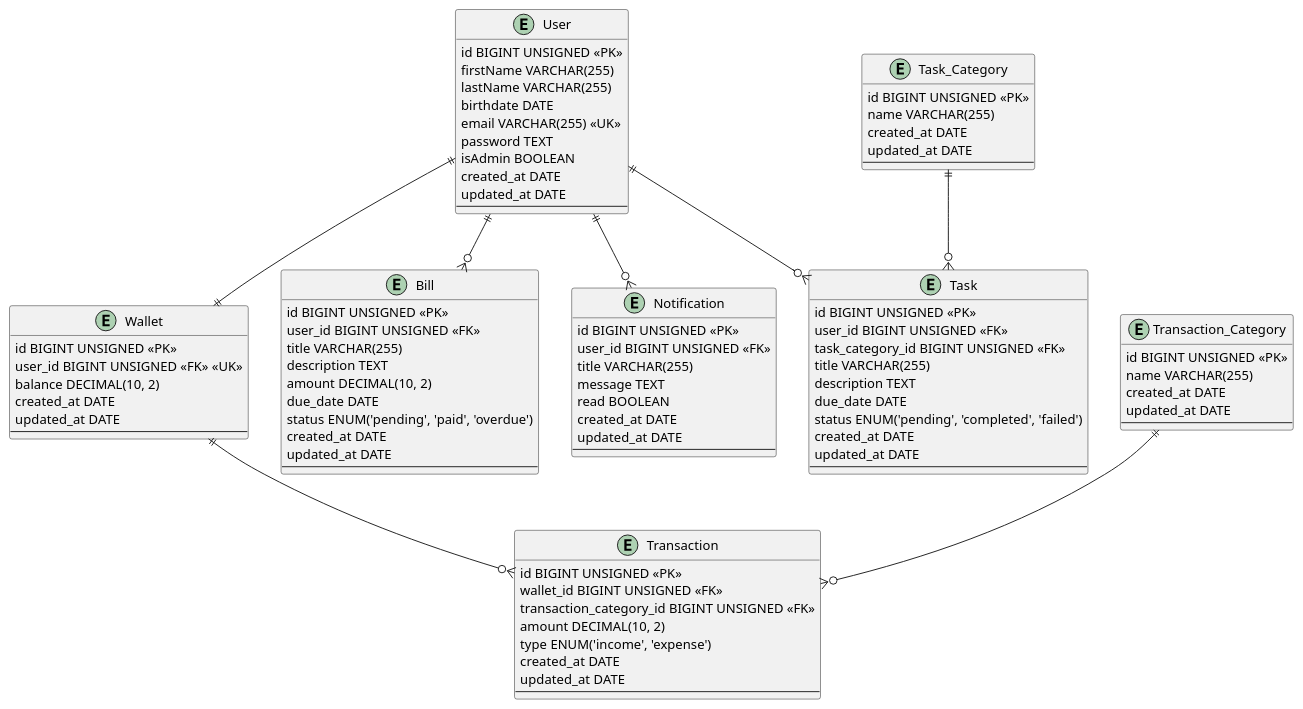
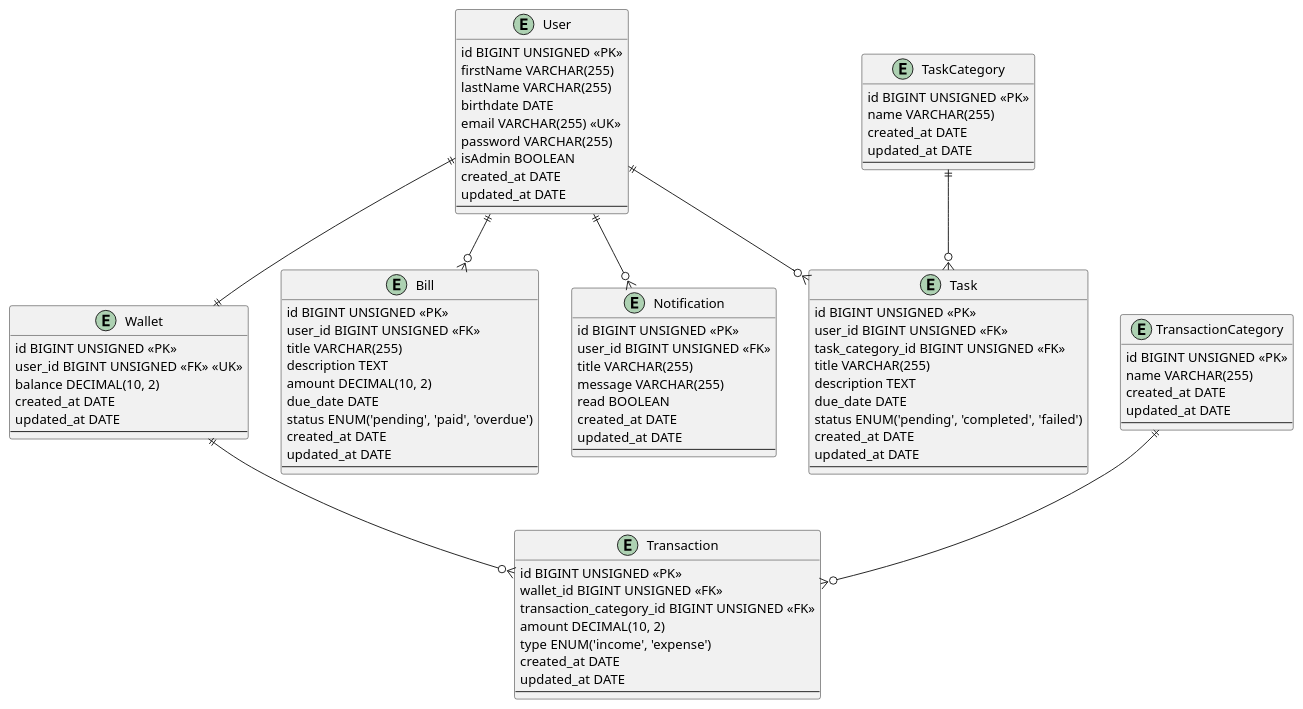
Before and after one commit to augusto-dmh/your-guardian: the diagram in database/design/der.plantuml, drawn with PlantUML.

Commit message:
refactor: erd formatting and types corrected
CamelCase in erd entity names and types corrected acoording to migrations and model definitions.

```diff
--- a/database/design/der.plantuml
+++ b/database/design/der.plantuml
@@ -1,98 +1,98 @@
 @startuml DER
 
 entity User {
     id BIGINT UNSIGNED <<PK>>
     firstName VARCHAR(255)
     lastName VARCHAR(255)
     birthdate DATE
     email VARCHAR(255) <<UK>>
-    password TEXT
+    password VARCHAR(255)
     isAdmin BOOLEAN
     created_at DATE
     updated_at DATE
     --
 }
 
 entity Wallet {
     id BIGINT UNSIGNED <<PK>>
     user_id BIGINT UNSIGNED <<FK>> <<UK>>
     balance DECIMAL(10, 2)
     created_at DATE
     updated_at DATE
     --
 }
 
 entity Transaction {
     id BIGINT UNSIGNED <<PK>>
     wallet_id BIGINT UNSIGNED <<FK>>
     transaction_category_id BIGINT UNSIGNED <<FK>>
     amount DECIMAL(10, 2)
     type ENUM('income', 'expense')
     created_at DATE
     updated_at DATE
     --
 }
 
 entity Bill {
     id BIGINT UNSIGNED <<PK>>
     user_id BIGINT UNSIGNED <<FK>>
     title VARCHAR(255)
     description TEXT
     amount DECIMAL(10, 2)
     due_date DATE
     status ENUM('pending', 'paid', 'overdue')
     created_at DATE
     updated_at DATE
     --
 }
 
 entity Notification {
     id BIGINT UNSIGNED <<PK>>
     user_id BIGINT UNSIGNED <<FK>>
     title VARCHAR(255)
-    message TEXT
+    message VARCHAR(255)
     read BOOLEAN
     created_at DATE
     updated_at DATE
     --
 }
 
 entity Task {
     id BIGINT UNSIGNED <<PK>>
     user_id BIGINT UNSIGNED <<FK>>
     task_category_id BIGINT UNSIGNED <<FK>>
     title VARCHAR(255)
     description TEXT
     due_date DATE
     status ENUM('pending', 'completed', 'failed')
     created_at DATE
     updated_at DATE
     --
 }
 
-entity Transaction_Category {
+entity TransactionCategory {
     id BIGINT UNSIGNED <<PK>>
     name VARCHAR(255)
     created_at DATE
     updated_at DATE
     --
 }
 
-entity Task_Category {
+entity TaskCategory {
     id BIGINT UNSIGNED <<PK>>
     name VARCHAR(255)
     created_at DATE
     updated_at DATE
     --
 }
 
 
 User ||--|| Wallet
 Wallet ||--o{ Transaction
 User ||--o{ Bill
 User ||--o{ Notification
 User ||--o{ Task
-Task_Category ||--o{ Task
-Transaction_Category ||--o{ Transaction
+TaskCategory ||--o{ Task
+TransactionCategory ||--o{ Transaction
 
 @enduml
```
